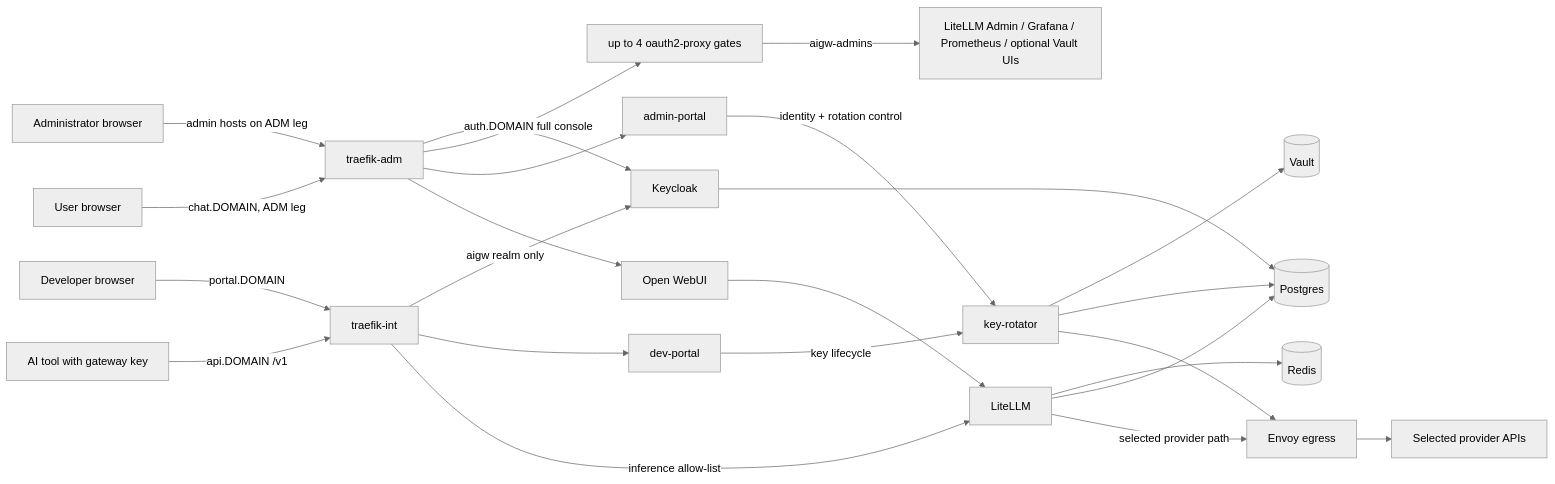
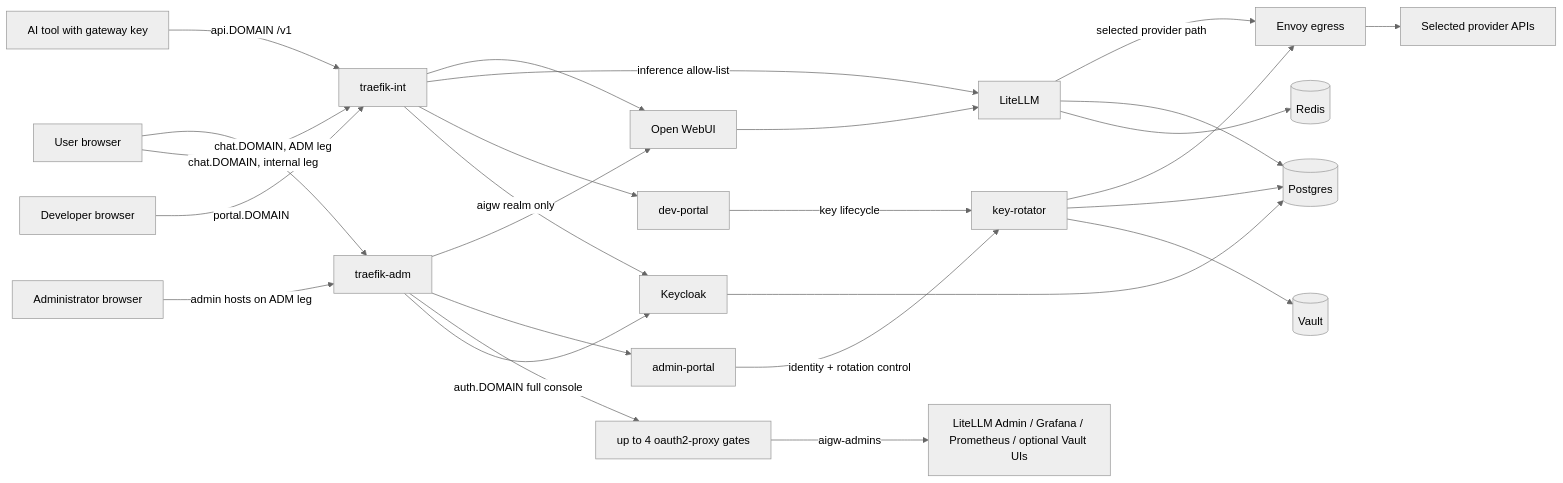
Before and after one commit to derhornspieler/ai-gateway: the fourth of 14 diagrams in docs/architecture-diagrams.md, drawn with Mermaid (neutral theme). The commit also changed other lines of this file and 33 other files, not shown here.

````diff
--- a/docs/architecture-diagrams.md
+++ b/docs/architecture-diagrams.md
@@ -133,24 +153,26 @@
 ```mermaid
 flowchart LR
   U[User browser] -->|chat.DOMAIN, ADM leg| TA
+  U -->|chat.DOMAIN, internal leg| TI
   T[AI tool with gateway key] -->|api.DOMAIN /v1| TI[traefik-int]
   D[Developer browser] -->|portal.DOMAIN| TI
   A[Administrator browser] -->|admin hosts on ADM leg| TA[traefik-adm]
 
   TA --> OW[Open WebUI] --> LL[LiteLLM]
+  TI --> OW
   TI -->|inference allow-list| LL
   TI --> DP[dev-portal]
   TI -->|aigw realm only| KC[Keycloak]
 
   TA --> AP[admin-portal]
   TA --> O2[up to 4 oauth2-proxy gates] -->|aigw-admins| ADM_UIS[LiteLLM Admin / Grafana / Prometheus / optional Vault UIs]
   TA -->|auth.DOMAIN full console| KC
 
   DP -->|key lifecycle| KR[key-rotator]
   AP -->|identity + rotation control| KR
   LL -->|selected provider path| EV[Envoy egress] --> V[Selected provider APIs]
   KR --> EV
   LL & KC & KR --> PG[(Postgres)]
   LL --> RD[(Redis)]
   KR --> VT[(Vault)]
 ```
````
